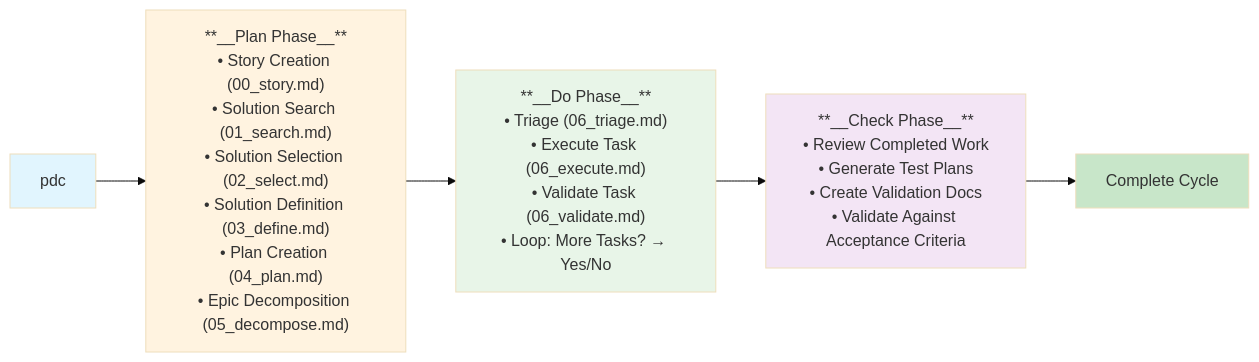
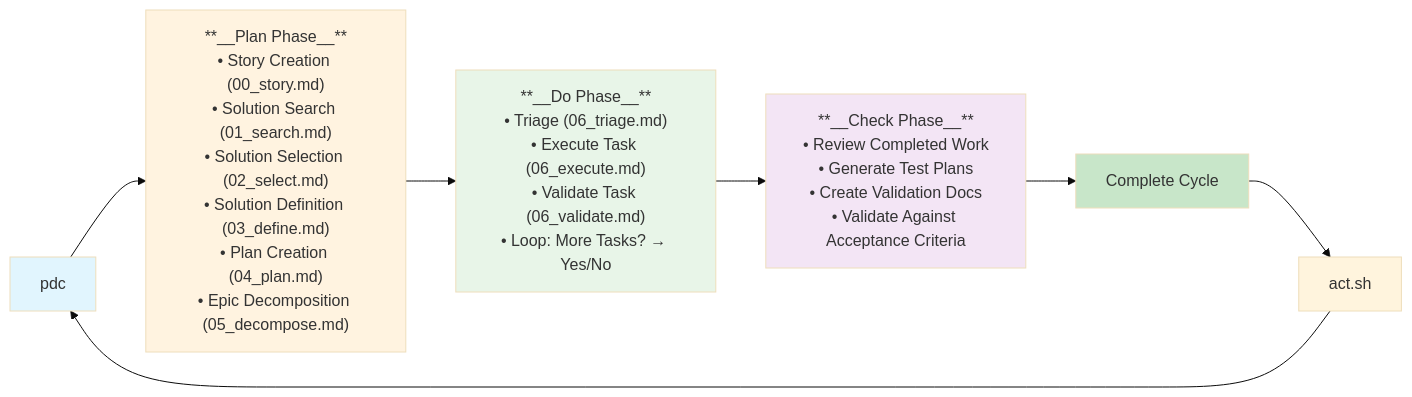
The diagram in README.md (riazarbi/way), drawn with Mermaid (base theme) before and after one commit.

Commit message:
add loop to diagram

````diff
--- a/README.md
+++ b/README.md
@@ -43,14 +43,16 @@
 ```mermaid
 graph LR
     A[pdc <user-story>] --> B["**__Plan Phase__**<br/>• Story Creation (00_story.md)<br/>• Solution Search (01_search.md)<br/>• Solution Selection (02_select.md)<br/>• Solution Definition (03_define.md)<br/>• Plan Creation (04_plan.md)<br/>• Epic Decomposition (05_decompose.md)"]
     B --> C["**__Do Phase__**<br/>• Triage (06_triage.md)<br/>• Execute Task (06_execute.md)<br/>• Validate Task (06_validate.md)<br/>• Loop: More Tasks? → Yes/No"]
     C --> D["**__Check Phase__**<br/>• Review Completed Work<br/>• Generate Test Plans<br/>• Create Validation Docs<br/>• Validate Against Acceptance Criteria"]
     D --> E[Complete Cycle]
+    E --> F[act.sh <user-story>]
+    F --> A
     
     %% Styling
     style A fill:#e1f5fe
     style B fill:#fff3e0
     style C fill:#e8f5e8
     style D fill:#f3e5f5
     style E fill:#c8e6c9
 ```
````
